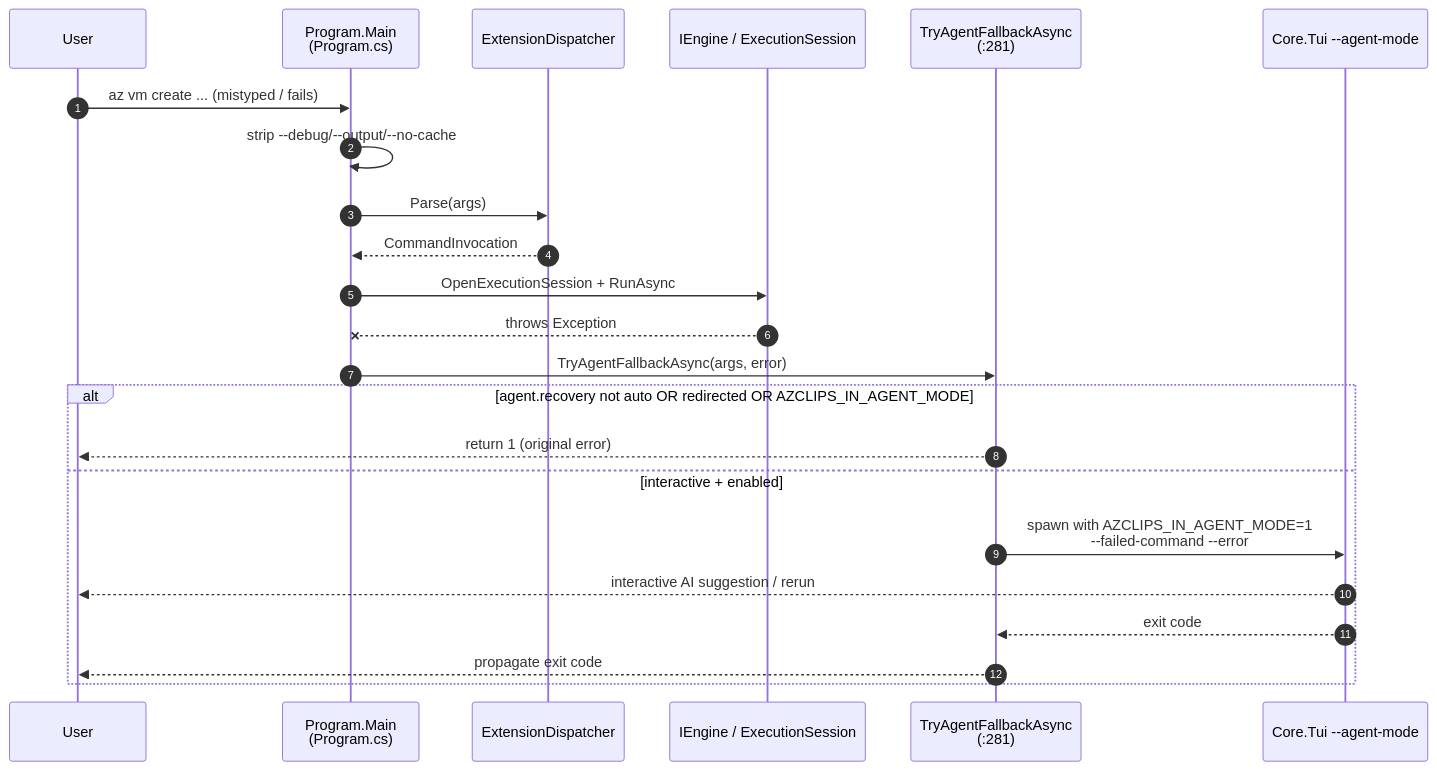
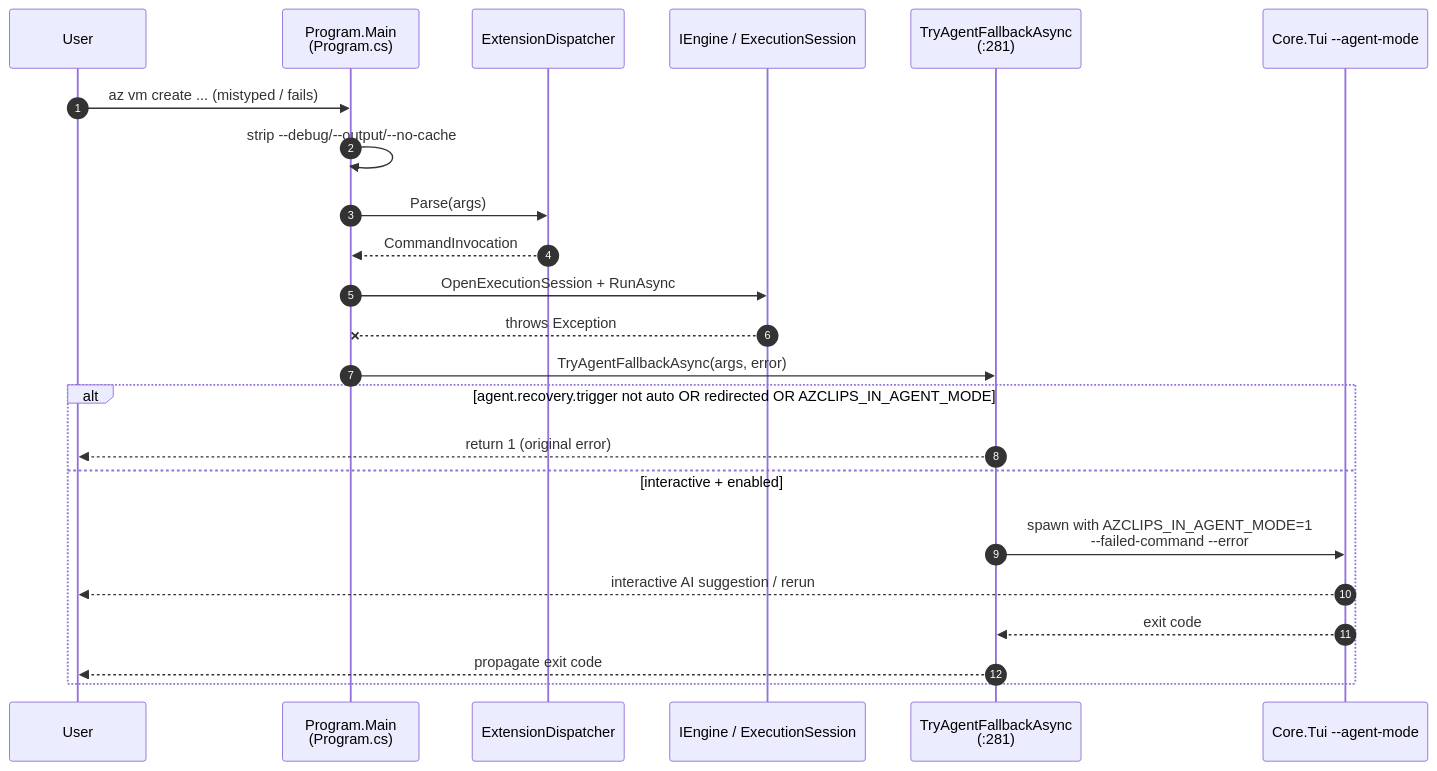
One commit to Azure/azclips changed the second of 2 diagrams in wiki/01-getting-started/cli-usage.md. Above: the diagram before and after it, drawn with Mermaid. The commit also changed other lines of this file and 89 other files, not shown here.

````diff
--- a/wiki/01-getting-started/cli-usage.md
+++ b/wiki/01-getting-started/cli-usage.md
@@ -104,26 +104,26 @@
 ```mermaid
 sequenceDiagram
     autonumber
     participant User
     participant Main as Program.Main<br>(Program.cs)
     participant Disp as ExtensionDispatcher
     participant Eng as IEngine / ExecutionSession
     participant Fallback as TryAgentFallbackAsync<br>(:281)
     participant TUI as Core.Tui --agent-mode
 
     User->>Main: az vm create ... (mistyped / fails)
     Main->>Main: strip --debug/--output/--no-cache
     Main->>Disp: Parse(args)
     Disp-->>Main: CommandInvocation
     Main->>Eng: OpenExecutionSession + RunAsync
     Eng--xMain: throws Exception
     Main->>Fallback: TryAgentFallbackAsync(args, error)
-    alt agent.recovery not auto OR redirected OR AZCLIPS_IN_AGENT_MODE
+    alt agent.recovery.trigger not auto OR redirected OR AZCLIPS_IN_AGENT_MODE
         Fallback-->>User: return 1 (original error)
     else interactive + enabled
         Fallback->>TUI: spawn with AZCLIPS_IN_AGENT_MODE=1<br>--failed-command --error
         TUI-->>User: interactive AI suggestion / rerun
         TUI-->>Fallback: exit code
         Fallback-->>User: propagate exit code
     end
 ```
````
